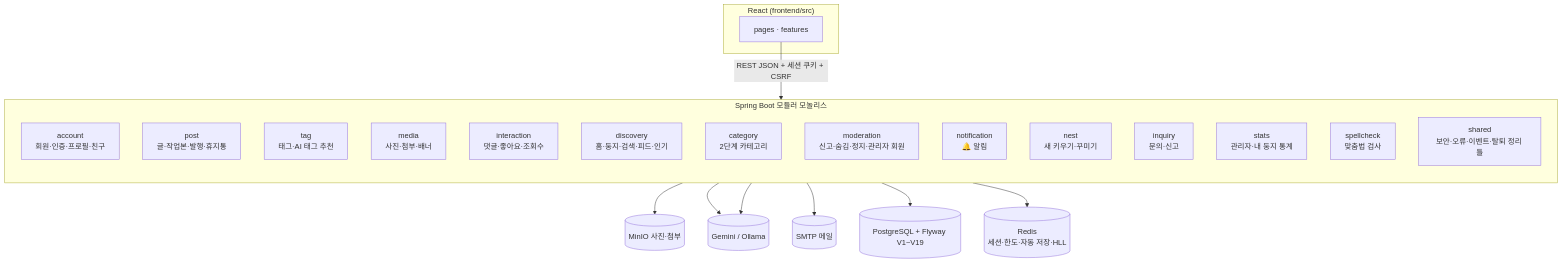
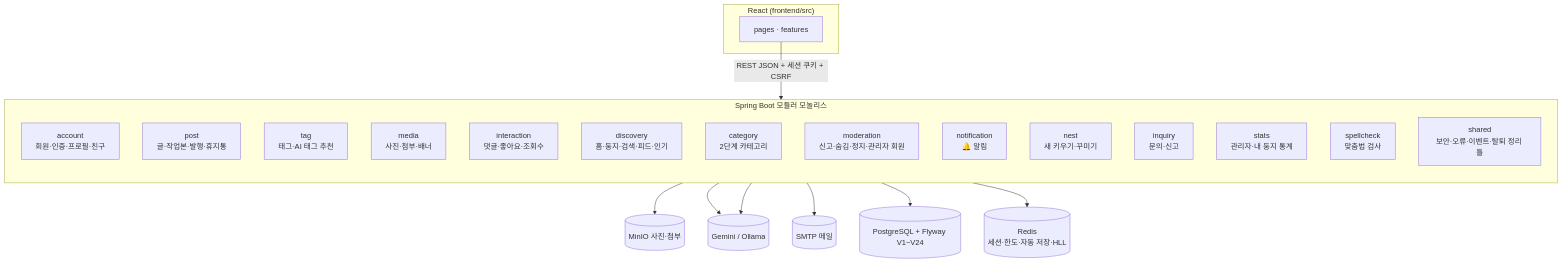
The diagram in docs/52-feature-architecture.md (AIGJ006/BaseLOG_DOCS), drawn with Mermaid before and after one commit. The commit also changed other lines of this file and 5 other files, not shown here.

First line of the commit message:
031 둥지별 방문자 스펙 추가, 008 태그 화면·028·ERD V20~V24·아키텍처·API 목록 최신화

````diff
--- a/docs/52-feature-architecture.md
+++ b/docs/52-feature-architecture.md
@@ -10,31 +10,31 @@
 ```mermaid
 flowchart TB
   subgraph WEB["React (frontend/src)"]
     PAGES["pages · features"]
   end
   PAGES -->|REST JSON + 세션 쿠키 + CSRF| API
 
   subgraph API["Spring Boot 모듈러 모놀리스"]
     direction TB
     ACC[account<br/>회원·인증·프로필·친구]
     POST[post<br/>글·작업본·발행·휴지통]
     TAG[tag<br/>태그·AI 태그 추천]
     MED[media<br/>사진·첨부·배너]
     INT[interaction<br/>댓글·좋아요·조회수]
     DIS[discovery<br/>홈·둥지·검색·피드·인기]
     CAT[category<br/>2단계 카테고리]
     MOD[moderation<br/>신고·숨김·정지·관리자 회원]
     NOTI[notification<br/>🔔 알림]
     NEST[nest<br/>새 키우기·꾸미기]
     INQ[inquiry<br/>문의·신고]
     STATS[stats<br/>관리자·내 둥지 통계]
     SPELL[spellcheck<br/>맞춤법 검사]
     SH[shared<br/>보안·오류·이벤트·탈퇴 정리 틀]
   end
 
-  API --> PG[(PostgreSQL + Flyway V1~V19)]
+  API --> PG[(PostgreSQL + Flyway V1~V24)]
   API --> RD[(Redis<br/>세션·한도·자동 저장·HLL)]
   MED --> S3[(MinIO 사진·첨부)]
   TAG & SPELL --> AI[(Gemini / Ollama)]
   ACC --> MAIL[(SMTP 메일)]
 ```
````
